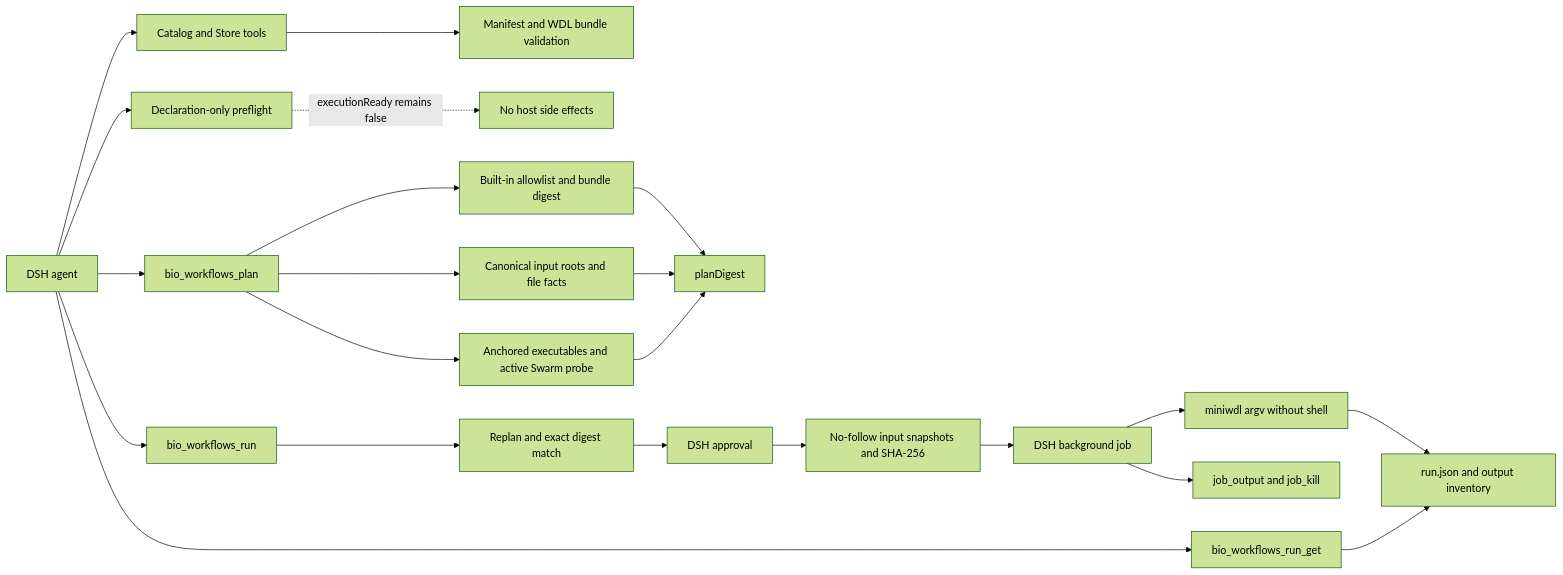
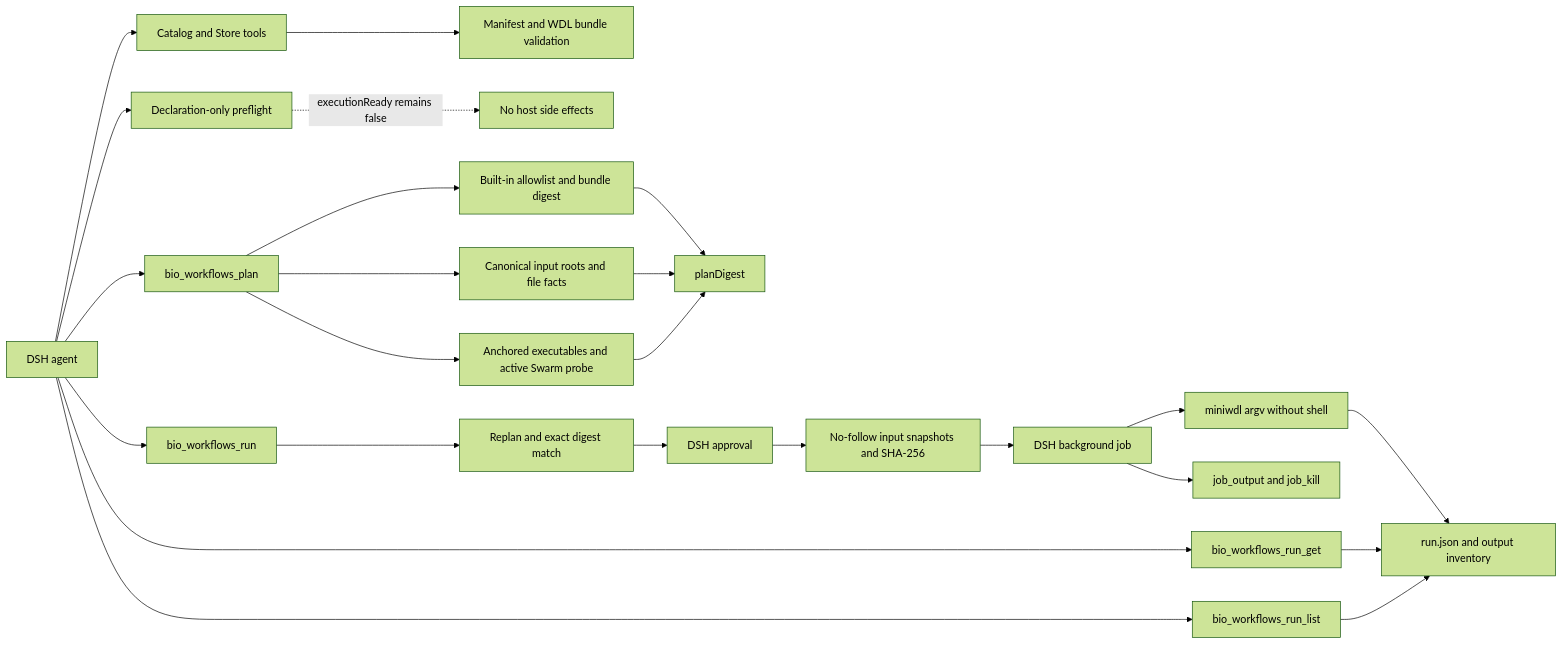
The diagram in docs/design-and-status.md (qzhqzh/dsh-bio-workflows), drawn with Mermaid (forest theme) before and after one commit. The commit also changed other lines of this file and 20 other files, not shown here.

````diff
--- a/docs/design-and-status.md
+++ b/docs/design-and-status.md
@@ -31,24 +31,26 @@
 ```mermaid
 flowchart LR
   A[DSH agent] --> B[Catalog and Store tools]
   B --> C[Manifest and WDL bundle validation]
   A --> D[Declaration-only preflight]
   D -. executionReady remains false .-> E[No host side effects]
   A --> F[bio_workflows_plan]
   F --> G[Built-in allowlist and bundle digest]
   F --> H[Canonical input roots and file facts]
   F --> I[Anchored executables and active Swarm probe]
   G --> J[planDigest]
   H --> J
   I --> J
   A --> K[bio_workflows_run]
   K --> L[Replan and exact digest match]
   L --> M[DSH approval]
   M --> S[No-follow input snapshots and SHA-256]
   S --> N[DSH background job]
   N --> O[miniwdl argv without shell]
   O --> P[run.json and output inventory]
   N --> Q[job_output and job_kill]
   A --> R[bio_workflows_run_get]
   R --> P
+  A --> T[bio_workflows_run_list]
+  T --> P
 ```
````
